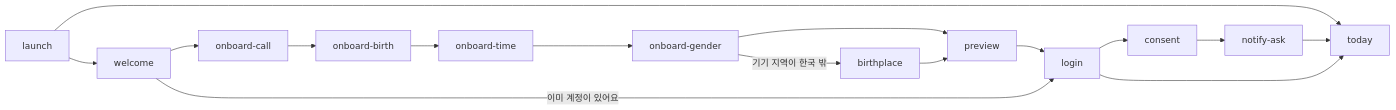
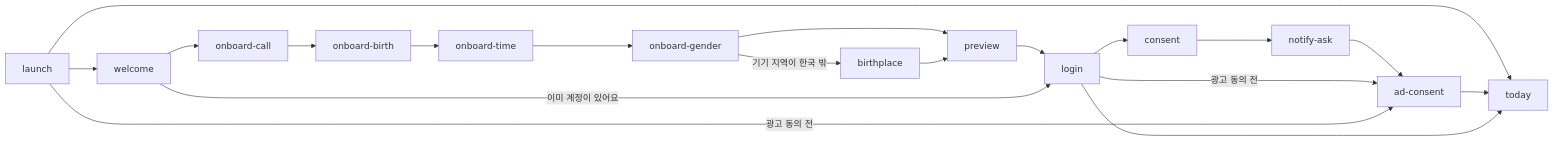
The diagram in docs/specs/2026-10-11-ia-design.md (june20516/myungli-diary), drawn with Mermaid before and after one commit. The commit also changed other lines of this file and 10 other files, not shown here.

````diff
--- a/docs/specs/2026-10-11-ia-design.md
+++ b/docs/specs/2026-10-11-ia-design.md
@@ -55,12 +56,14 @@
 ```mermaid
 flowchart LR
   launch --> welcome
   launch --> today
   welcome --> onboard-call --> onboard-birth --> onboard-time --> onboard-gender
   onboard-gender --> preview
   onboard-gender -->|기기 지역이 한국 밖| birthplace --> preview
   preview --> login
   welcome -->|이미 계정이 있어요| login
-  login --> consent --> notify-ask --> today
+  login --> consent --> notify-ask --> ad-consent --> today
   login --> today
+  login -->|광고 동의 전| ad-consent
+  launch -->|광고 동의 전| ad-consent
 ```
````
